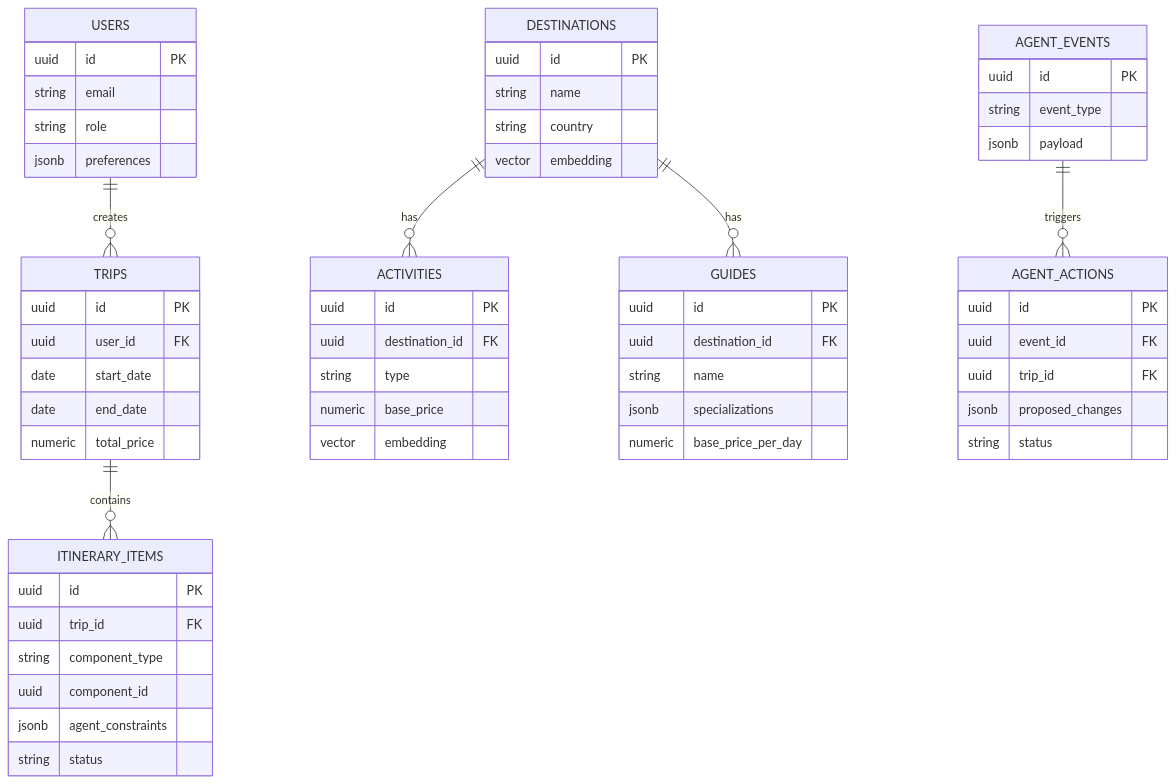
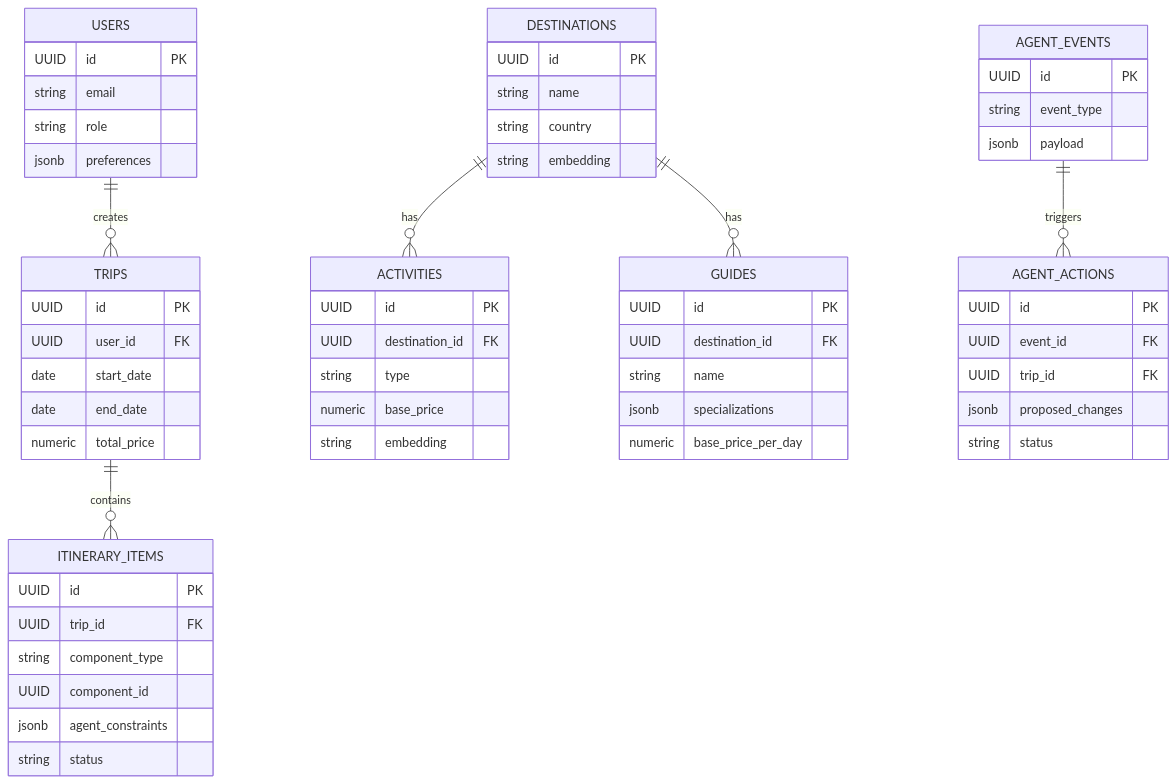
The second of 3 diagrams in README.md (Darshan-aiml/Orion), drawn with Mermaid before and after one commit. The commit also changed other lines of this file, not shown here.

Commit message:
docs: fix mermaid diagrams, remove emojis, add system design and capacity planning

````diff
--- a/README.md
+++ b/README.md
@@ -83,68 +82,68 @@
 ```mermaid
 erDiagram
     USERS ||--o{ TRIPS : creates
     USERS {
-        uuid id PK
+        UUID id PK
         string email
         string role
         jsonb preferences
     }
     
     DESTINATIONS ||--o{ ACTIVITIES : has
     DESTINATIONS ||--o{ GUIDES : has
     DESTINATIONS {
-        uuid id PK
+        UUID id PK
         string name
         string country
-        vector embedding
+        string embedding
     }
     
     ACTIVITIES {
-        uuid id PK
-        uuid destination_id FK
+        UUID id PK
+        UUID destination_id FK
         string type
         numeric base_price
-        vector embedding
+        string embedding
     }
 
     GUIDES {
-        uuid id PK
-        uuid destination_id FK
+        UUID id PK
+        UUID destination_id FK
         string name
         jsonb specializations
         numeric base_price_per_day
     }
     
     TRIPS ||--o{ ITINERARY_ITEMS : contains
     TRIPS {
-        uuid id PK
-        uuid user_id FK
+        UUID id PK
+        UUID user_id FK
         date start_date
         date end_date
         numeric total_price
     }
     
     ITINERARY_ITEMS {
-        uuid id PK
-        uuid trip_id FK
+        UUID id PK
+        UUID trip_id FK
         string component_type
-        uuid component_id
+        UUID component_id
         jsonb agent_constraints
         string status
     }
     
     AGENT_EVENTS ||--o{ AGENT_ACTIONS : triggers
     AGENT_EVENTS {
-        uuid id PK
+        UUID id PK
         string event_type
         jsonb payload
     }
     
     AGENT_ACTIONS {
-        uuid id PK
-        uuid event_id FK
-        uuid trip_id FK
+        UUID id PK
+        UUID event_id FK
+        UUID trip_id FK
         jsonb proposed_changes
         string status
     }
 ```
````
